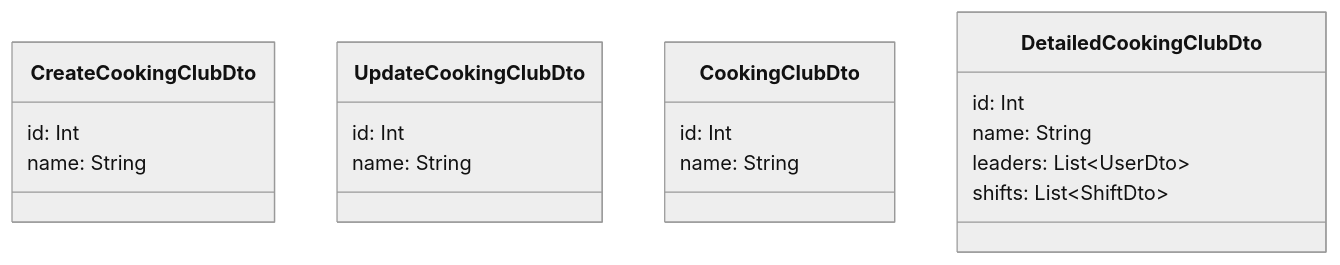
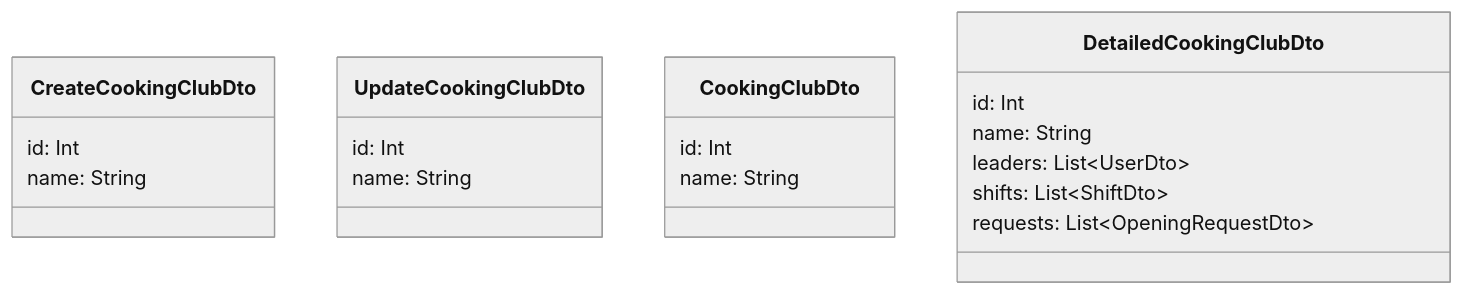
The third of 9 diagrams in Upgrade backend TERV.md (kir-dev/foodex-web), drawn with Mermaid (neutral theme) before and after one commit. The commit also changed other lines of this file and 11 other files, not shown here.

````diff
--- a/Upgrade backend TERV.md
+++ b/Upgrade backend TERV.md
@@ -63,25 +63,26 @@
 ```mermaid
 classDiagram
 
 class CreateCookingClubDto {
     id: Int
     name: String
 }
 
 class UpdateCookingClubDto {
     id: Int
     name: String
 }
 
 class CookingClubDto {
     id: Int
     name: String
 }
 
 class DetailedCookingClubDto {
     id: Int
     name: String
     leaders: List&lt;UserDto&gt;
     shifts: List&lt;ShiftDto&gt;
+    requests: List&lt;OpeningRequestDto&gt;
 }
 ```
````
